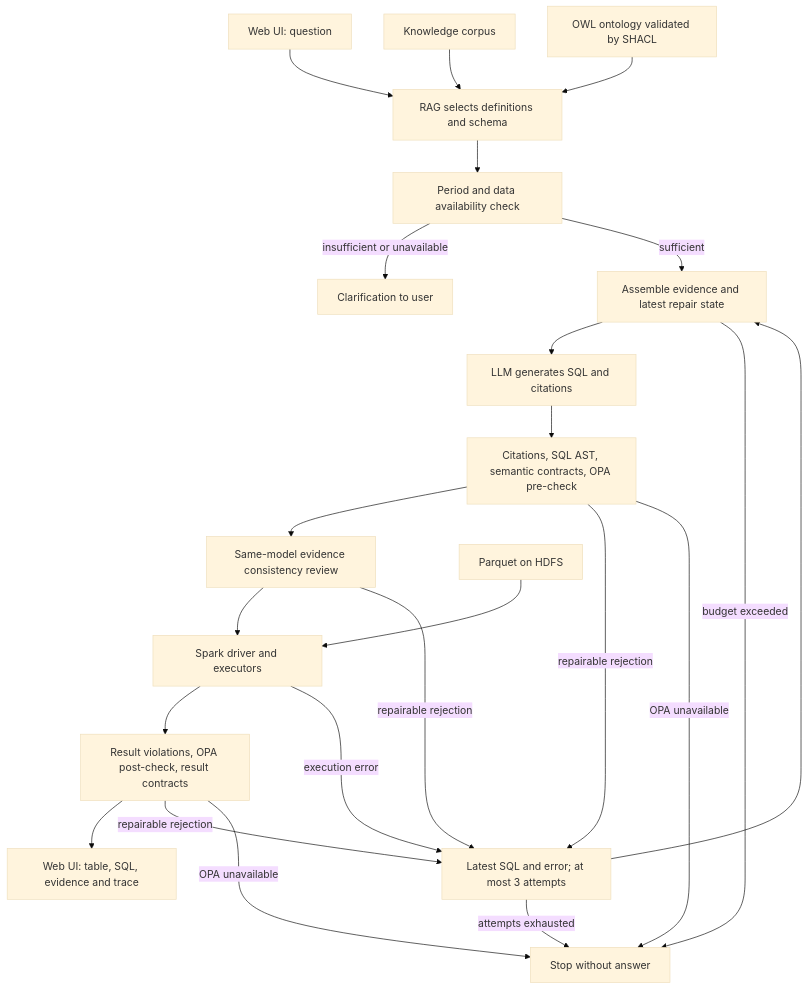
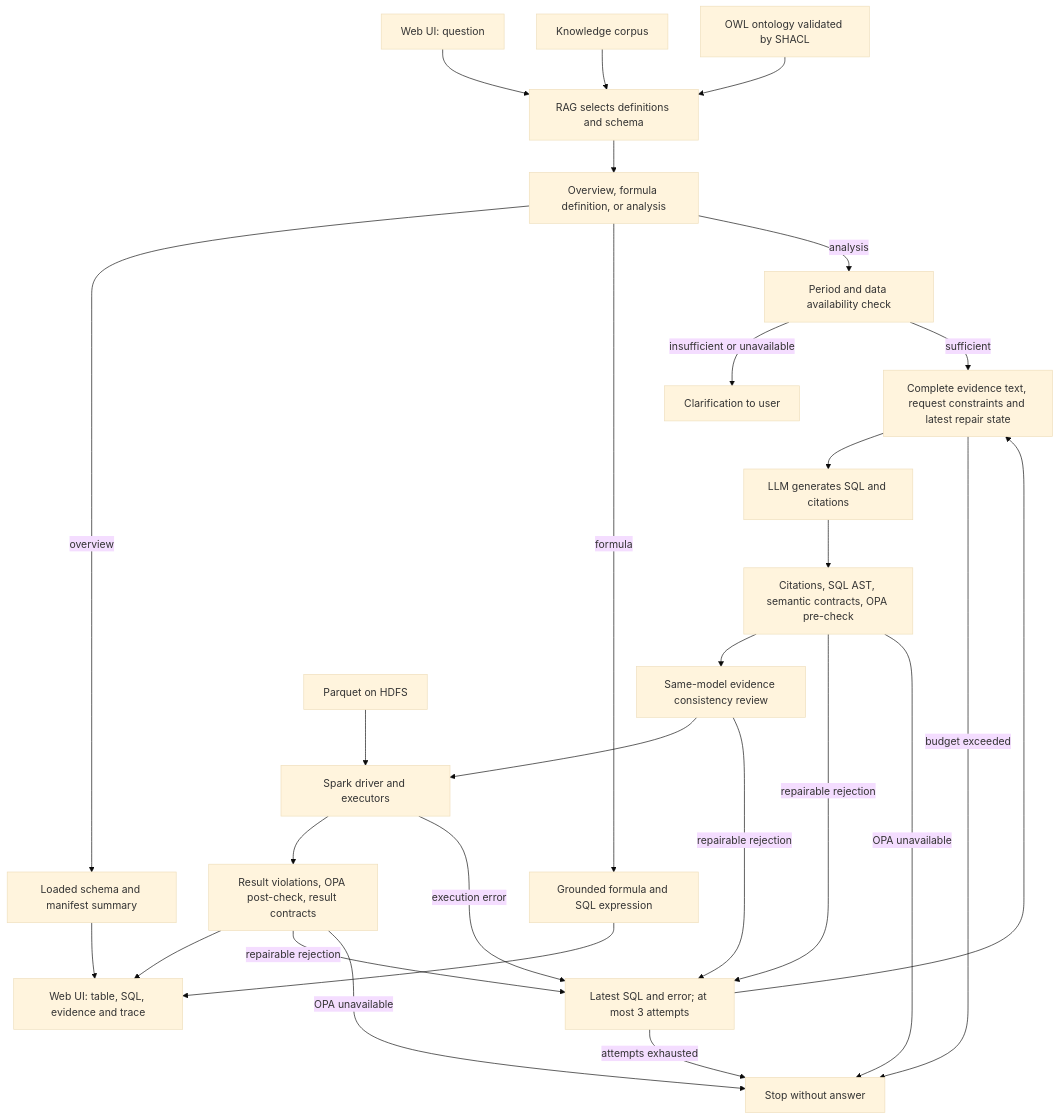
The second of 2 diagrams in README.md (NATTAPAT-LEUNGRUNGSAP/customer-intelligence-agent-spark-hdfs), drawn with Mermaid (base theme) before and after one commit. The commit also changed other lines of this file and 51 other files, not shown here.

Commit message:
Expand bilingual analytics RAG with measured SQL and formula support

````diff
--- a/README.md
+++ b/README.md
@@ -33,25 +38,30 @@
 ```mermaid
 flowchart TD
     UI[Web UI: question] --> RAG[RAG selects definitions and schema]
     KB[Knowledge corpus] --> RAG
     Ont[OWL ontology validated by SHACL] --> RAG
-    RAG --> Policy[Period and data availability check]
+    RAG --> Route[Overview, formula definition, or analysis]
+    Route -->|overview| Info[Loaded schema and manifest summary]
+    Route -->|formula| Formula[Grounded formula and SQL expression]
+    Route -->|analysis| Policy[Period and data availability check]
+    Info --> Output
+    Formula --> Output
     Policy -->|insufficient or unavailable| Clarify[Clarification to user]
-    Policy -->|sufficient| Context[Assemble evidence and latest repair state]
+    Policy -->|sufficient| Context[Complete evidence text, request constraints and latest repair state]
     Context --> LLM[LLM generates SQL and citations]
     LLM --> Pre[Citations, SQL AST, semantic contracts, OPA pre-check]
     Pre --> Review[Same-model evidence consistency review]
     Review --> Spark[Spark driver and executors]
     HDFS[Parquet on HDFS] --> Spark
     Spark --> Post[Result violations, OPA post-check, result contracts]
     Post --> Output[Web UI: table, SQL, evidence and trace]
     Pre -->|repairable rejection| Repair[Latest SQL and error; at most 3 attempts]
     Review -->|repairable rejection| Repair
     Spark -->|execution error| Repair
     Post -->|repairable rejection| Repair
     Repair --> Context
     Repair -->|attempts exhausted| Stop
     Context -->|budget exceeded| Stop
     Pre -->|OPA unavailable| Stop[Stop without answer]
     Post -->|OPA unavailable| Stop
 ```
````
